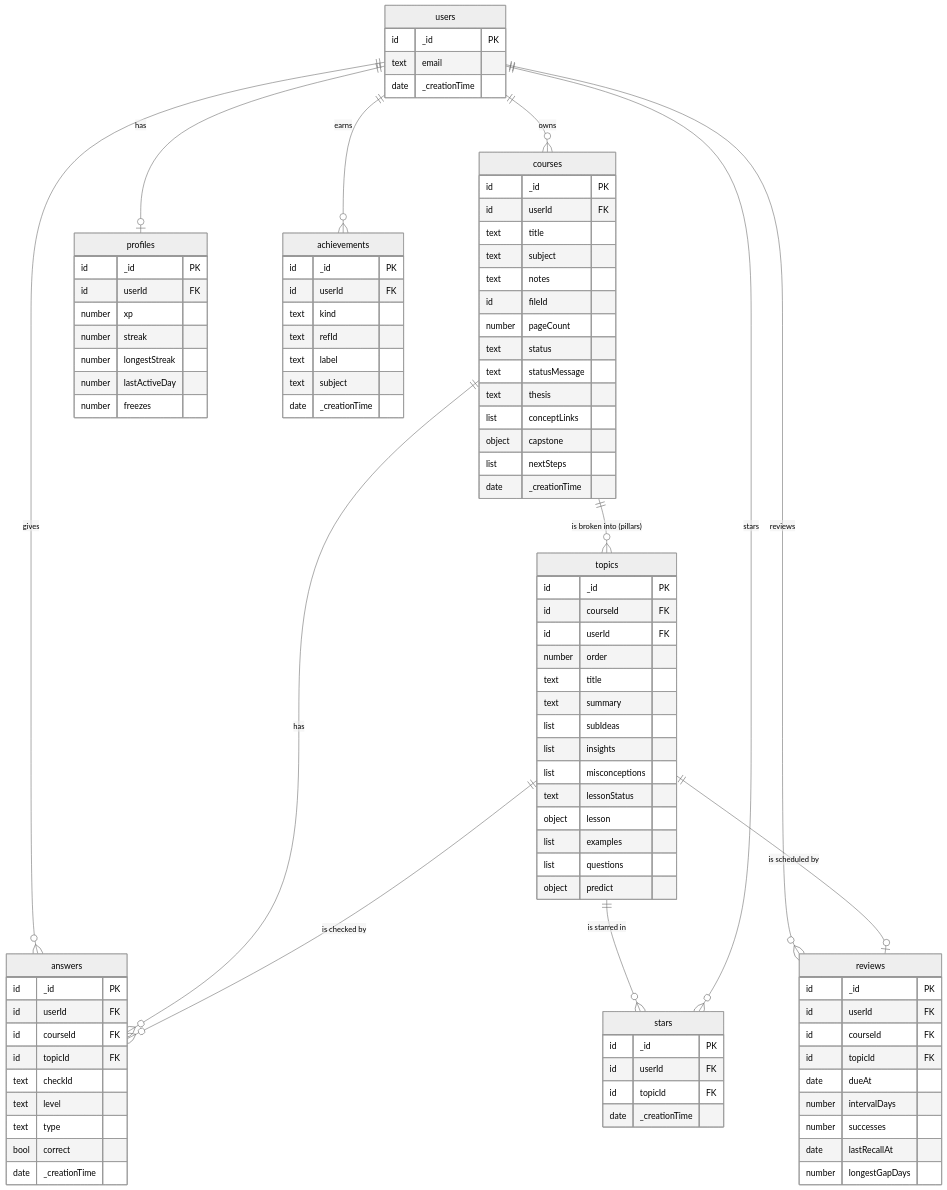
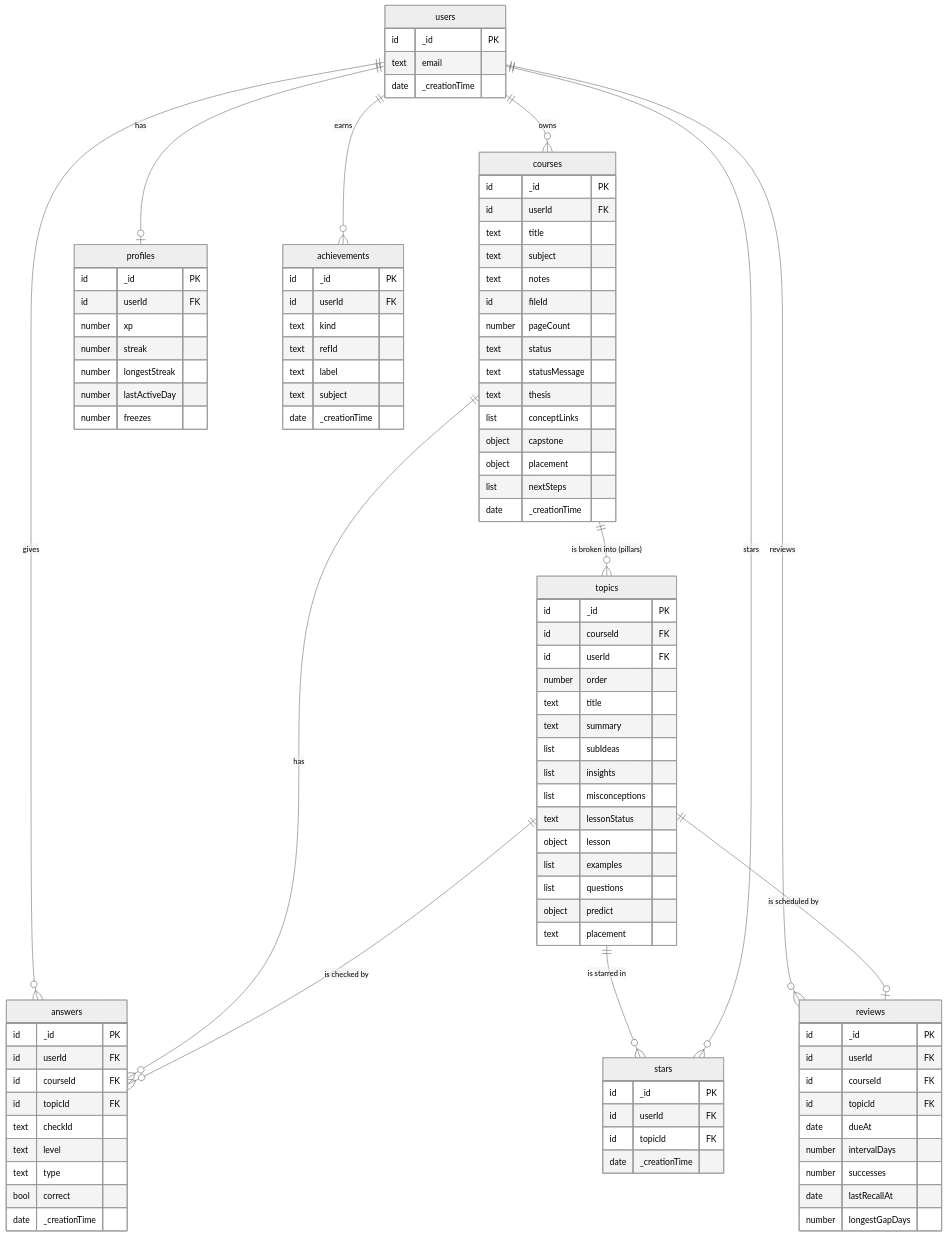
The diagram in schema.md (Hemanth2423/Learning-retention), drawn with Mermaid (neutral theme) before and after one commit. The commit also changed other lines of this file and 16 other files, not shown here.

```diff
--- a/schema.md
+++ b/schema.md
@@ -33,6 +33,7 @@
     text thesis
     list conceptLinks
     object capstone
+    object placement
     list nextSteps
     date _creationTime }
   topics { id _id PK
@@ -48,7 +49,8 @@
     object lesson
     list examples
     list questions
-    object predict }
+    object predict
+    text placement }
   answers { id _id PK
     id userId FK
     id courseId FK
```
